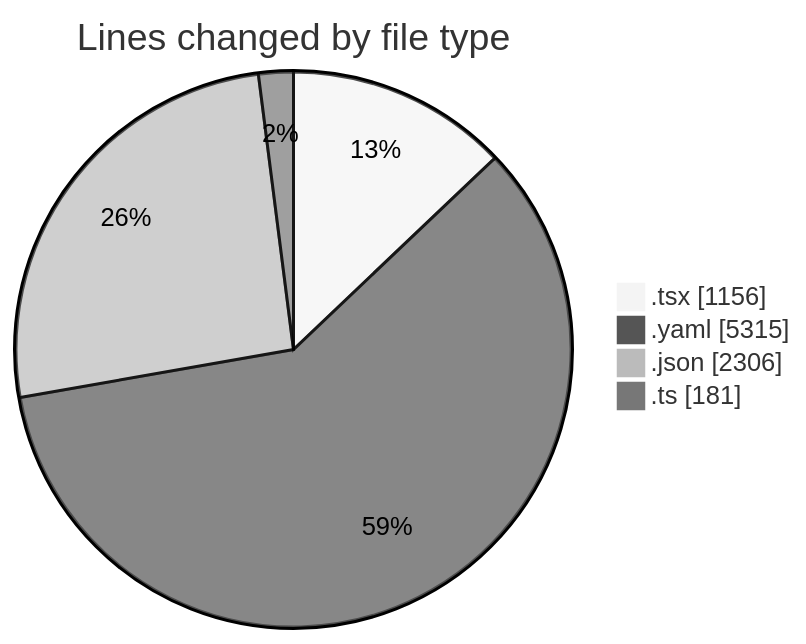
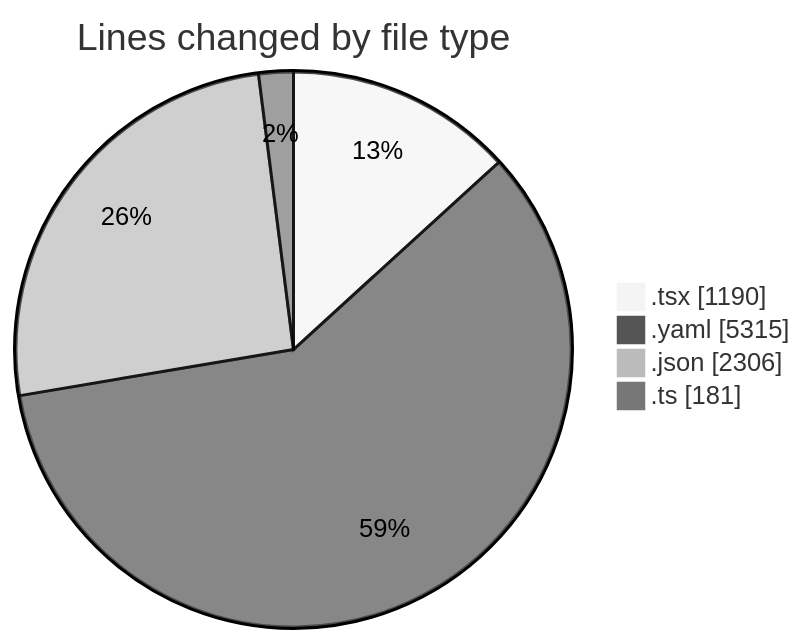
Before and after one commit to julien-gomy/code-tracking: the first of 2 diagrams in 2025-11-07/eventscop-frontend-guide__workspace_/README.md, drawn with Mermaid (neutral theme). The commit also changed other lines of this file and 1 other file, not shown here.

````diff
--- a/2025-11-07/eventscop-frontend-guide__workspace_/README.md
+++ b/2025-11-07/eventscop-frontend-guide__workspace_/README.md
@@ -39,8 +39,8 @@
 ```mermaid
 pie showData
 title Lines changed by file type
-".tsx" : 1156
+".tsx" : 1190
 ".yaml" : 5315
 ".json" : 2306
 ".ts" : 181
 ```
````
